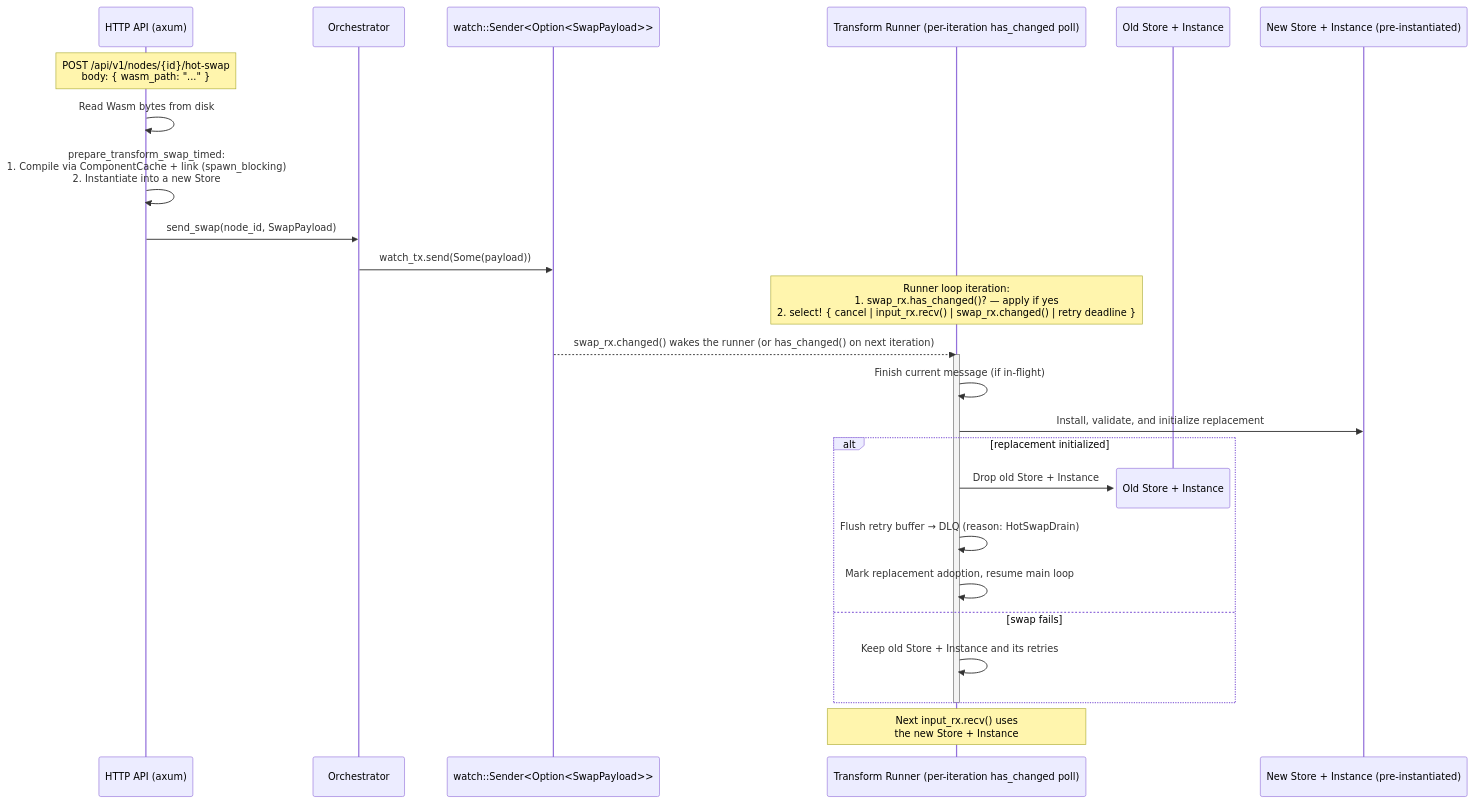
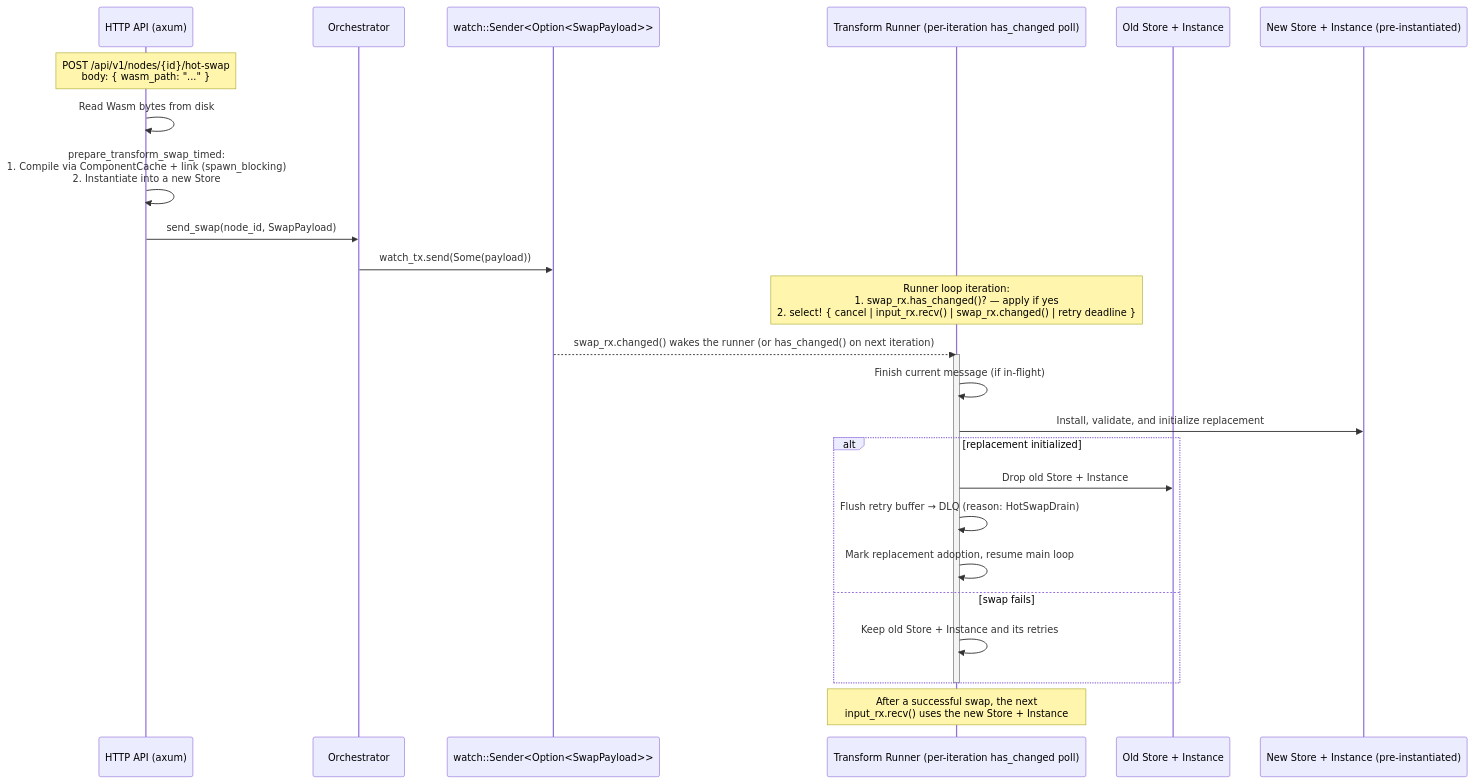
The second of 2 diagrams in docs/architecture/04-runtime-view.md (PedroKlein/wafer), drawn with Mermaid before and after one commit. The commit also changed 9 other files, not shown here.

````diff
--- a/docs/architecture/04-runtime-view.md
+++ b/docs/architecture/04-runtime-view.md
@@ -99,33 +99,32 @@
 ```mermaid
 sequenceDiagram
     participant API as HTTP API (axum)
     participant Orch as Orchestrator
     participant Watch as watch::Sender<Option<SwapPayload>>
     participant Runner as Transform Runner (per-iteration has_changed poll)
     participant OldStore as Old Store + Instance
     participant NewStore as New Store + Instance (pre-instantiated)
 
     Note over API: POST /api/v1/nodes/{id}/hot-swap<br/>body: { wasm_path: "..." }
     API->>API: Read Wasm bytes from disk
     API->>API: prepare_transform_swap_timed:<br/>  1. Compile via ComponentCache + link (spawn_blocking)<br/>  2. Instantiate into a new Store
     API->>Orch: send_swap(node_id, SwapPayload)
     Orch->>Watch: watch_tx.send(Some(payload))
 
     Note over Runner: Runner loop iteration:<br/>  1. swap_rx.has_changed()? — apply if yes<br/>  2. select! { cancel | input_rx.recv() | swap_rx.changed() | retry deadline }
 
     Watch-->>Runner: swap_rx.changed() wakes the runner (or has_changed() on next iteration)
     activate Runner
     Runner->>Runner: Finish current message (if in-flight)
     Runner->>NewStore: Install, validate, and initialize replacement
     alt replacement initialized
-        destroy OldStore
         Runner->>OldStore: Drop old Store + Instance
         Runner->>Runner: Flush retry buffer → DLQ (reason: HotSwapDrain)
         Runner->>Runner: Mark replacement adoption, resume main loop
     else swap fails
         Runner->>Runner: Keep old Store + Instance and its retries
     end
     deactivate Runner
 
-    Note over Runner: Next input_rx.recv() uses<br/>the new Store + Instance
+    Note over Runner: After a successful swap, the next<br/>input_rx.recv() uses the new Store + Instance
 ```
````
